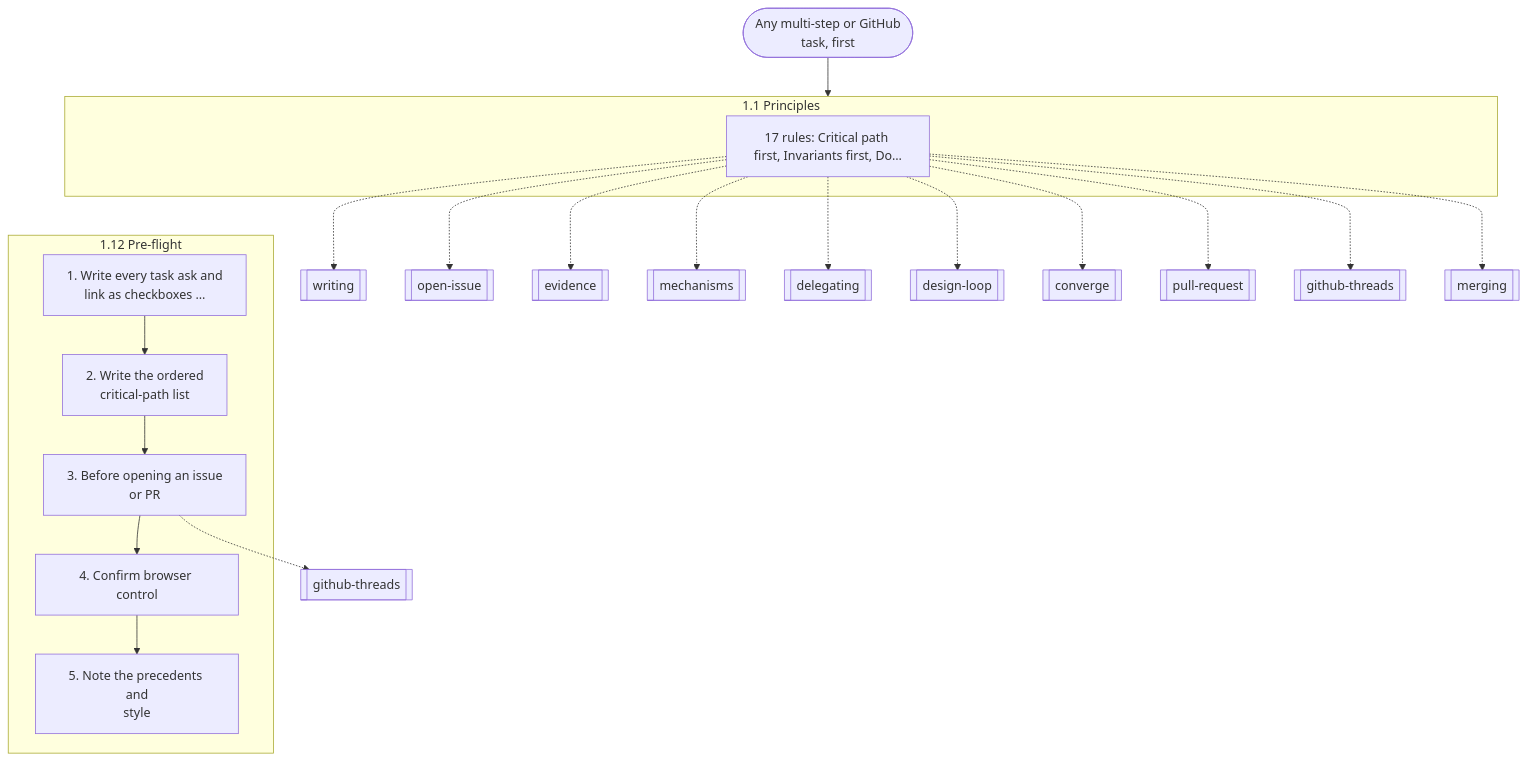
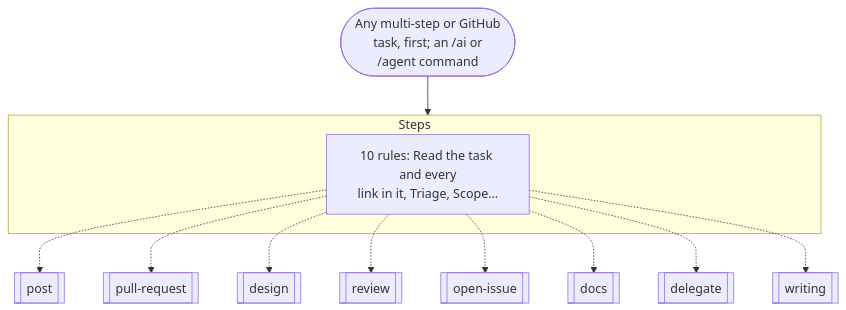
The first of 16 diagrams in docs/graphs.md (nitedani-agent/mergeworthy), drawn with Mermaid before and after one commit. The commit also changed other lines of this file and 60 other files, not shown here.

````diff
--- a/docs/graphs.md
+++ b/docs/graphs.md
@@ -33,31 +30,16 @@
 ```mermaid
 flowchart TB
-  start(["Any multi-step or GitHub<br/>task, first"])
-  subgraph g0["1.1 Principles"]
-    s0["17 rules: Critical path first, Invariants first, Do…"]
+  start(["Any multi-step or GitHub<br/>task, first; an /ai or<br/>/agent command"])
+  subgraph g0["Steps"]
+    s0["10 rules: Read the task and every<br/>link in it, Triage, Scope…"]
   end
-  s0 -.-> r1[["writing"]]
-  s0 -.-> r2[["open-issue"]]
-  s0 -.-> r3[["evidence"]]
-  s0 -.-> r4[["mechanisms"]]
-  s0 -.-> r5[["delegating"]]
-  s0 -.-> r6[["design-loop"]]
-  s0 -.-> r7[["converge"]]
-  s0 -.-> r8[["pull-request"]]
-  s0 -.-> r9[["github-threads"]]
-  s0 -.-> r10[["merging"]]
-  subgraph g1["1.12 Pre-flight"]
-    s1["1. Write every task ask and<br/>link as checkboxes …"]
-    s2["2. Write the ordered<br/>critical-path list"]
-    s1 --> s2
-    s3["3. Before opening an issue<br/>or PR"]
-    s2 --> s3
-    s4["4. Confirm browser control"]
-    s3 --> s4
-    s5["5. Note the precedents and<br/>style"]
-    s4 --> s5
-  end
-  s3 -.-> r11[["github-threads"]]
+  s0 -.-> r1[["post"]]
+  s0 -.-> r2[["pull-request"]]
+  s0 -.-> r3[["design"]]
+  s0 -.-> r4[["review"]]
+  s0 -.-> r5[["open-issue"]]
+  s0 -.-> r6[["docs"]]
+  s0 -.-> r7[["delegate"]]
+  s0 -.-> r8[["writing"]]
   start --> g0
-  g0 ~~~ g1
 ```
````
